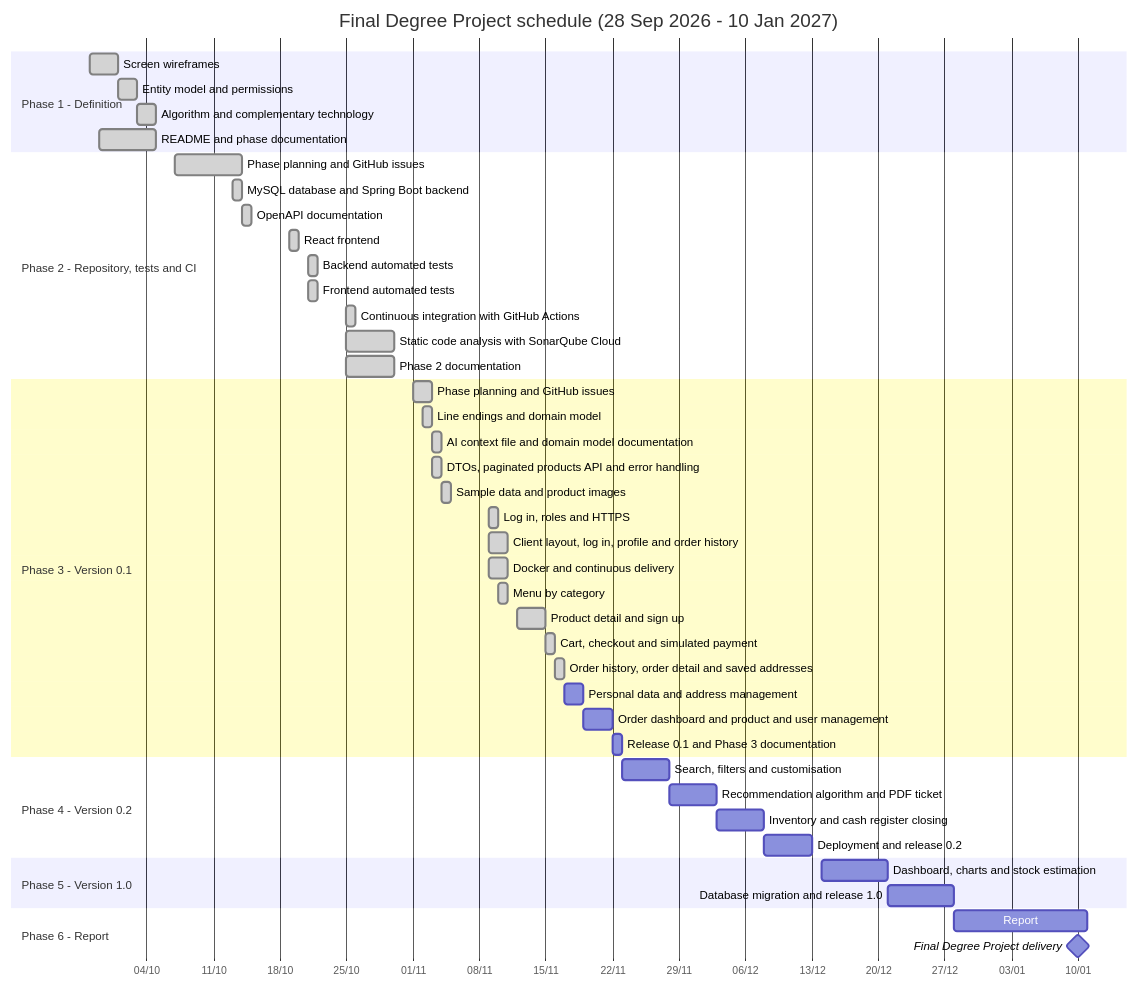
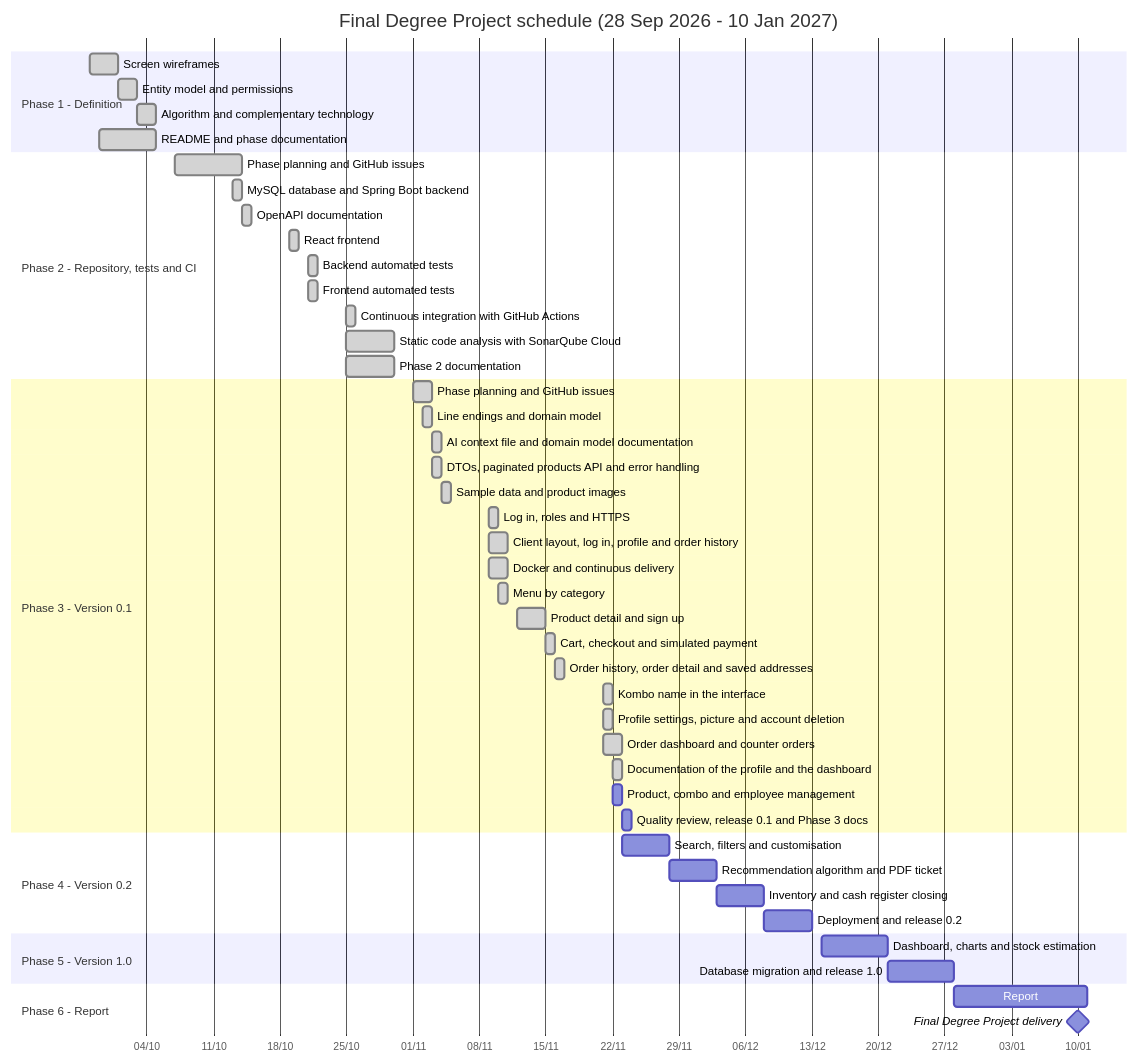
Before and after one commit to codeurjc-students/2026-Kombo: the diagram in docs/methodology.md, drawn with Mermaid. The commit also changed 8 other files, not shown here.

````diff
--- a/docs/methodology.md
+++ b/docs/methodology.md
@@ -17,55 +17,58 @@
 ```mermaid
 gantt
     title Final Degree Project schedule (28 Sep 2026 - 10 Jan 2027)
     dateFormat YYYY-MM-DD
     axisFormat %d/%m
     tickInterval 1week
 
     section Phase 1 - Definition
     Screen wireframes                                :done, f1a, 2026-09-28, 3d
     Entity model and permissions                     :done, f1b, 2026-10-01, 2d
     Algorithm and complementary technology           :done, f1c, 2026-10-03, 2d
     README and phase documentation                   :done, f1d, 2026-09-29, 6d
 
     section Phase 2 - Repository, tests and CI
     Phase planning and GitHub issues                 :done, f2a, 2026-10-07, 7d
     MySQL database and Spring Boot backend           :done, f2b, 2026-10-13, 1d
     OpenAPI documentation                            :done, f2c, 2026-10-14, 1d
     React frontend                                   :done, f2d, 2026-10-19, 1d
     Backend automated tests                          :done, f2e, 2026-10-21, 1d
     Frontend automated tests                         :done, f2f, 2026-10-21, 1d
     Continuous integration with GitHub Actions       :done, f2g, 2026-10-25, 1d
     Static code analysis with SonarQube Cloud        :done, f2h, 2026-10-25, 5d
     Phase 2 documentation                            :done, f2i, 2026-10-25, 5d
 
     section Phase 3 - Version 0.1
     Phase planning and GitHub issues                 :done, f3p, 2026-11-01, 2d
     Line endings and domain model                    :done, f3m, 2026-11-02, 1d
     AI context file and domain model documentation   :done, f3n, 2026-11-03, 1d
     DTOs, paginated products API and error handling  :done, f3o, 2026-11-03, 1d
     Sample data and product images                   :done, f3s, 2026-11-04, 1d
     Log in, roles and HTTPS                          :done, f3a, 2026-11-09, 1d
     Client layout, log in, profile and order history :done, f3l, 2026-11-09, 2d
     Docker and continuous delivery                   :done, f3c, 2026-11-09, 2d
     Menu by category                                 :done, f3b, 2026-11-10, 1d
     Product detail and sign up                       :done, f3d, 2026-11-12, 3d
     Cart, checkout and simulated payment             :done, f3k, 2026-11-15, 1d
     Order history, order detail and saved addresses  :done, f3h, 2026-11-16, 1d
-    Personal data and address management             :f3u, 2026-11-17, 2d
-    Order dashboard and product and user management  :f3e, after f3u, 3d
-    Release 0.1 and Phase 3 documentation            :f3r, after f3e, 1d
+    Kombo name in the interface                      :done, f3q, 2026-11-21, 1d
+    Profile settings, picture and account deletion   :done, f3u, 2026-11-21, 1d
+    Order dashboard and counter orders               :done, f3e, 2026-11-21, 2d
+    Documentation of the profile and the dashboard   :done, f3x, 2026-11-22, 1d
+    Product, combo and employee management           :f3g, 2026-11-22, 1d
+    Quality review, release 0.1 and Phase 3 docs     :f3r, 2026-11-23, 1d
 
     section Phase 4 - Version 0.2
     Search, filters and customisation                :f4a, 2026-11-23, 5d
     Recommendation algorithm and PDF ticket          :f4b, after f4a, 5d
     Inventory and cash register closing              :f4c, after f4b, 5d
     Deployment and release 0.2                       :f4d, after f4c, 5d
 
     section Phase 5 - Version 1.0
     Dashboard, charts and stock estimation           :f5a, 2026-12-14, 7d
     Database migration and release 1.0               :f5b, after f5a, 7d
 
     section Phase 6 - Report
     Report                                           :f6a, 2026-12-28, 14d
     Final Degree Project delivery                    :milestone, m1, 2027-01-10, 0d
 ```
````
